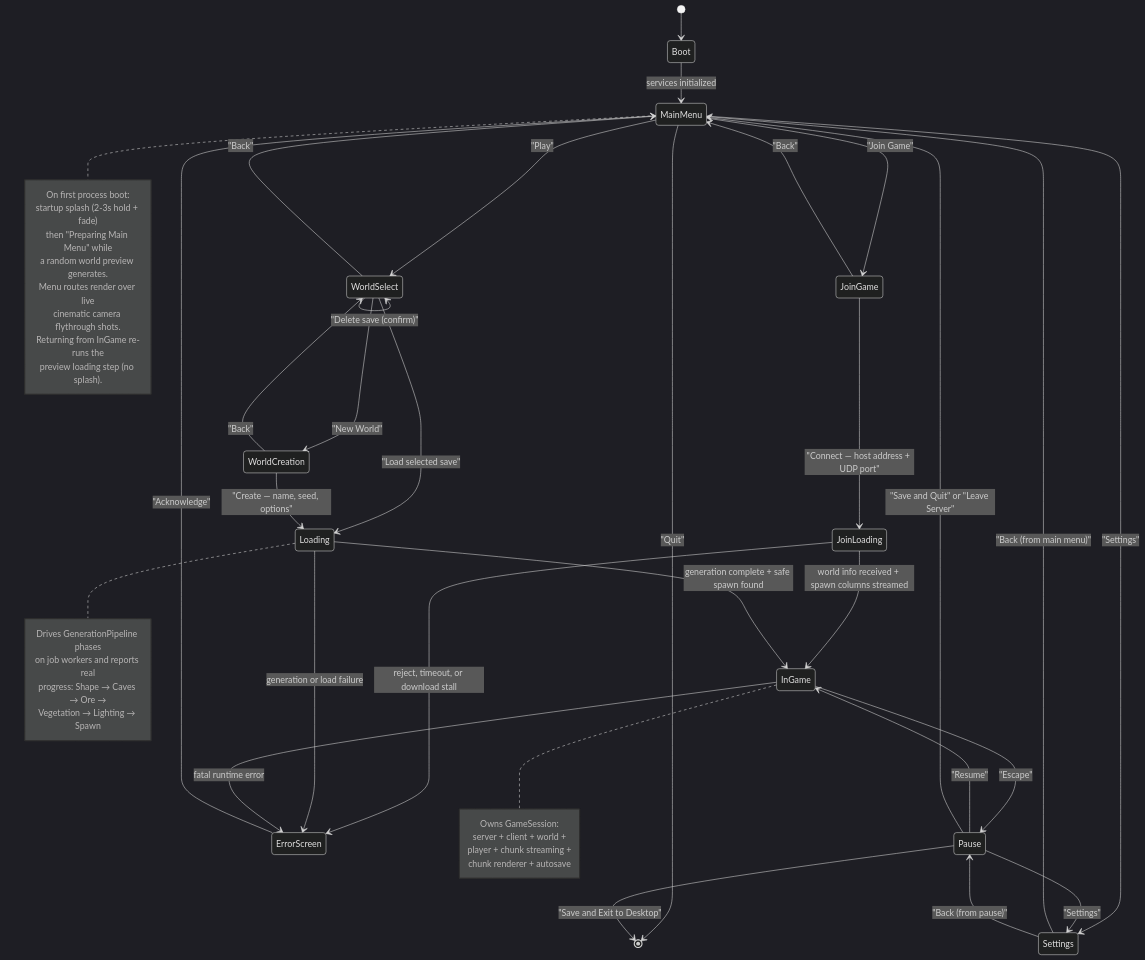
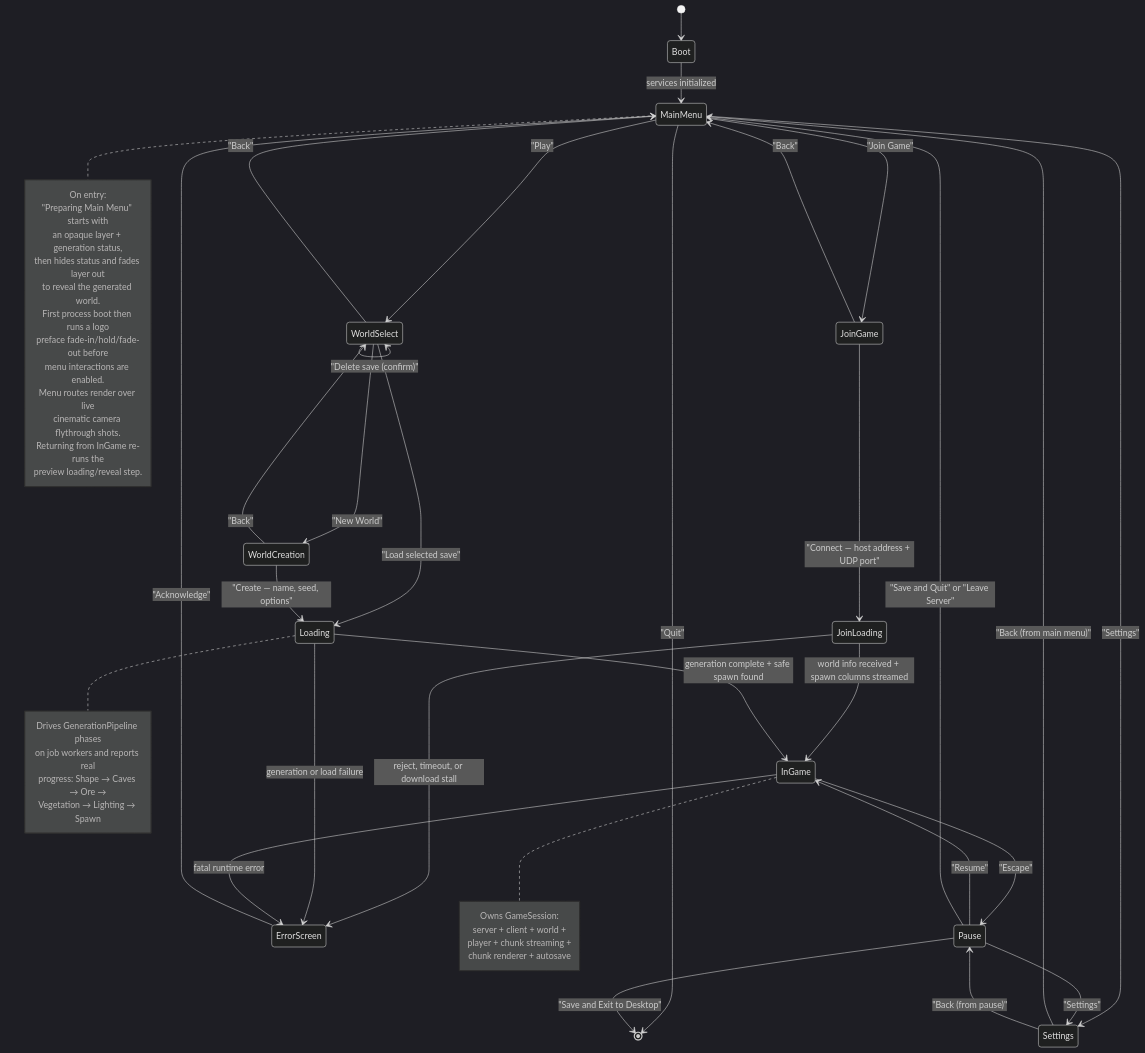
The third of 17 diagrams in DIAGRAMS.md (GoGurtPrime/voxels), drawn with Mermaid (dark theme) before and after one commit. The commit also changed 15 other files, not shown here.

Commit message:
Agent: Improved main menu flow and cinematic shots, fixed music not playing

````diff
--- a/DIAGRAMS.md
+++ b/DIAGRAMS.md
@@ -143,66 +143,70 @@
 ```mermaid
 stateDiagram-v2
     [*] --> Boot
 
     Boot --> MainMenu: services initialized
 
     MainMenu --> WorldSelect: "Play"
     MainMenu --> JoinGame: "Join Game"
     MainMenu --> Settings: "Settings"
     MainMenu --> [*]: "Quit"
 
     JoinGame --> JoinLoading: "Connect — host address + UDP port"
     JoinGame --> MainMenu: "Back"
 
     JoinLoading --> InGame: world info received + spawn columns streamed
     JoinLoading --> ErrorScreen: reject, timeout, or download stall
 
     WorldSelect --> WorldCreation: "New World"
     WorldSelect --> Loading: "Load selected save"
     WorldSelect --> WorldSelect: "Delete save (confirm)"
     WorldSelect --> MainMenu: "Back"
 
     WorldCreation --> Loading: "Create — name, seed, options"
     WorldCreation --> WorldSelect: "Back"
 
     Loading --> InGame: generation complete + safe spawn found
     Loading --> ErrorScreen: generation or load failure
 
     InGame --> Pause: "Escape"
     InGame --> ErrorScreen: fatal runtime error
 
     Pause --> InGame: "Resume"
     Pause --> Settings: "Settings"
     Pause --> MainMenu: "Save and Quit" or "Leave Server"
     Pause --> [*]: "Save and Exit to Desktop"
 
     Settings --> MainMenu: "Back (from main menu)"
     Settings --> Pause: "Back (from pause)"
 
     ErrorScreen --> MainMenu: "Acknowledge"
 
     note right of MainMenu
-        On first process boot:
-        startup splash (2-3s hold + fade)
-        then "Preparing Main Menu" while
-        a random world preview generates.
+        On entry:
+        "Preparing Main Menu" starts with
+        an opaque layer + generation status,
+        then hides status and fades layer out
+        to reveal the generated world.
+        First process boot then runs a logo
+        preface fade-in/hold/fade-out before
+        menu interactions are enabled.
         Menu routes render over live
         cinematic camera flythrough shots.
         Returning from InGame re-runs the
-        preview loading step (no splash).
+        preview loading/reveal step.
     end note
 
     note right of Loading
         Drives GenerationPipeline phases
         on job workers and reports real
         progress: Shape → Caves → Ore →
         Vegetation → Lighting → Spawn
     end note
 
     note right of InGame
         Owns GameSession:
         server + client + world +
         player + chunk streaming +
         chunk renderer + autosave
     end note
 ```
````
